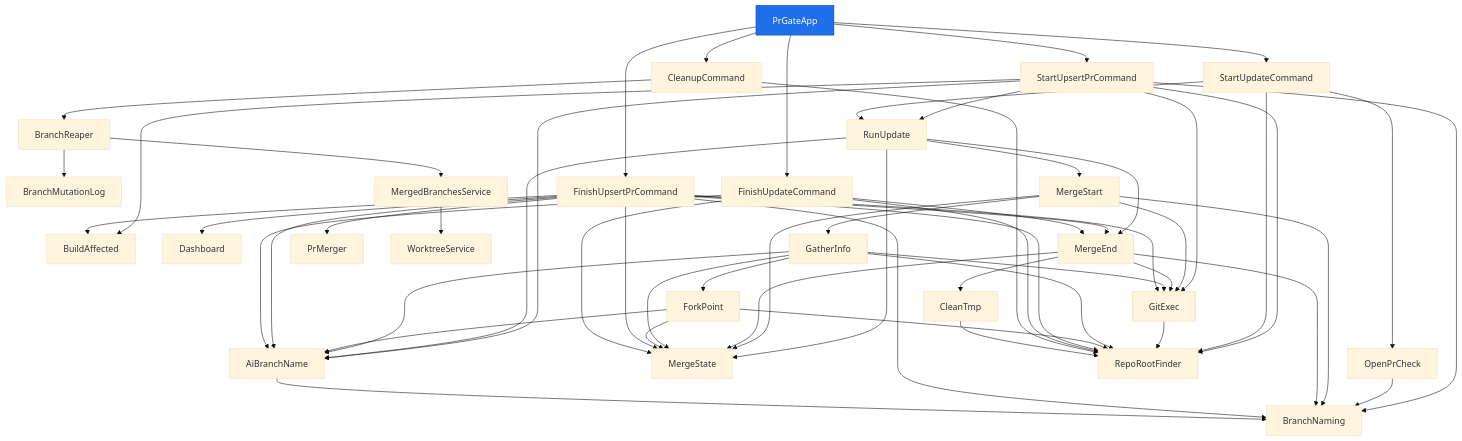
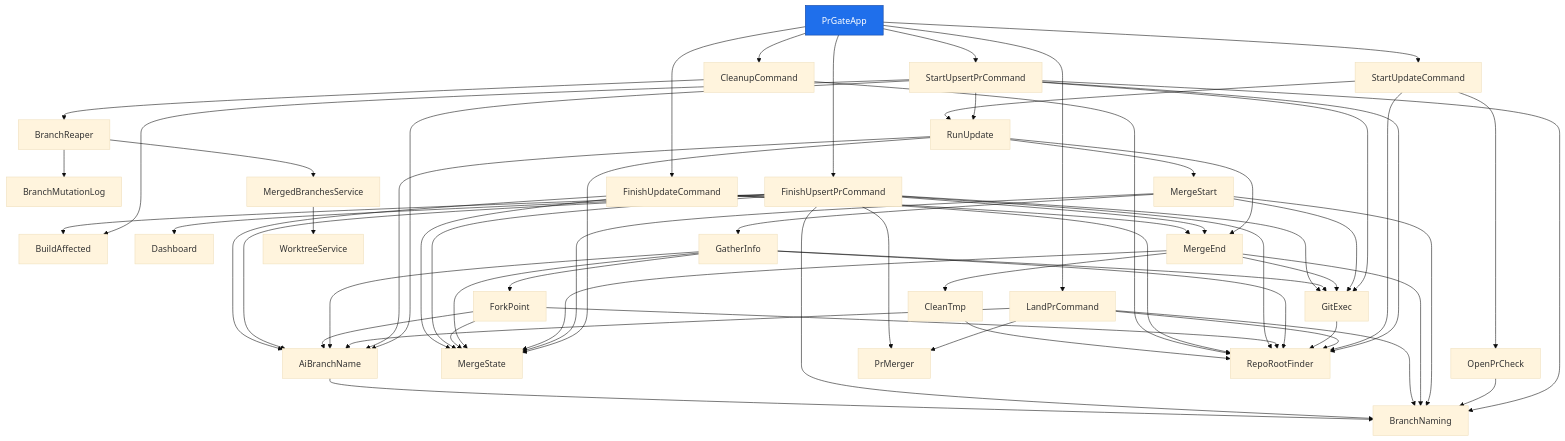
The diagram in packages/tooling/pr-gate/design.md (deanhiller/webpieces-ts), drawn with Mermaid (base theme) before and after one commit. The commit also changed 10 other files, not shown here.

```diff
--- a/packages/tooling/pr-gate/design.md
+++ b/packages/tooling/pr-gate/design.md
@@ -25,6 +25,7 @@
     ForkPoint["ForkPoint"]
     GatherInfo["GatherInfo"]
     GitExec["GitExec"]
+    LandPrCommand["LandPrCommand"]
     MergeEnd["MergeEnd"]
     MergeStart["MergeStart"]
     MergeState["MergeState"]
@@ -65,6 +66,10 @@
     GatherInfo --> MergeState
     GatherInfo --> RepoRootFinder
     GitExec --> RepoRootFinder
+    LandPrCommand --> AiBranchName
+    LandPrCommand --> BranchNaming
+    LandPrCommand --> PrMerger
+    LandPrCommand --> RepoRootFinder
     MergeEnd --> BranchNaming
     MergeEnd --> CleanTmp
     MergeEnd --> GitExec
@@ -78,6 +83,7 @@
     PrGateApp --> CleanupCommand
     PrGateApp --> FinishUpdateCommand
     PrGateApp --> FinishUpsertPrCommand
+    PrGateApp --> LandPrCommand
     PrGateApp --> StartUpdateCommand
     PrGateApp --> StartUpsertPrCommand
     RunUpdate --> AiBranchName
```
